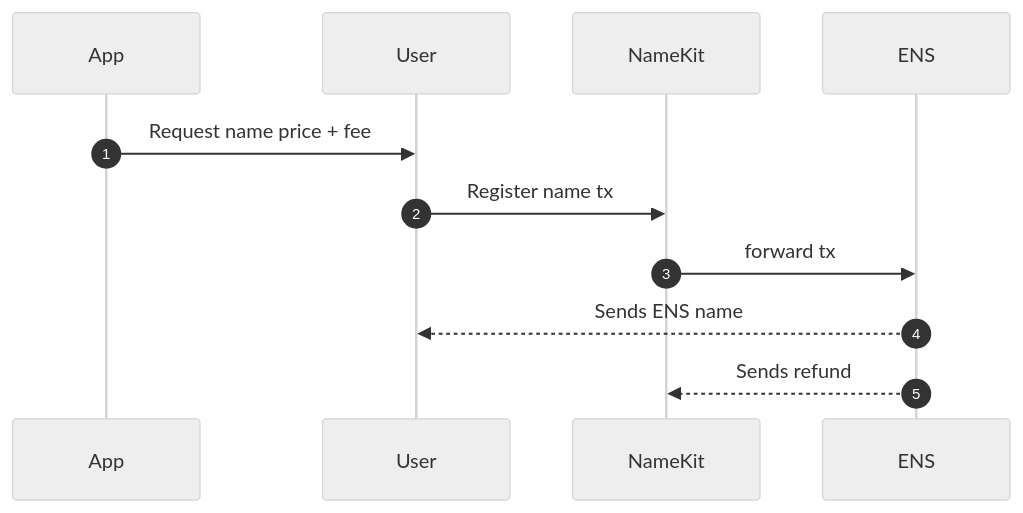
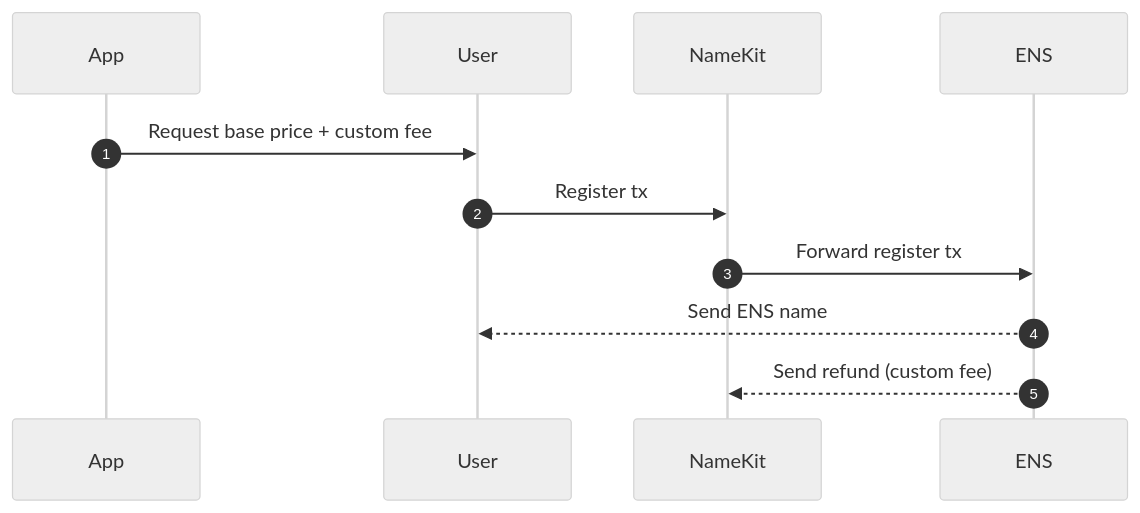
Before and after one commit to namehash/namekit-contracts: the diagram in README.md, drawn with Mermaid (neutral theme). The commit also changed other lines of this file, not shown here.

````diff
--- a/README.md
+++ b/README.md
@@ -19,9 +23,9 @@
 ```mermaid
 sequenceDiagram
 	autoNumber
-	App ->> User: Request name price + fee
-  User ->> NameKit: Register name tx
-	NameKit ->> ENS: forward tx
-	ENS -->> User: Sends ENS name
-	ENS -->> NameKit: Sends refund
+	App ->> User: Request base price + custom fee
+  User ->> NameKit: Register tx
+	NameKit ->> ENS: Forward register tx
+	ENS -->> User: Send ENS name
+	ENS -->> NameKit: Send refund (custom fee)
 ```
````
